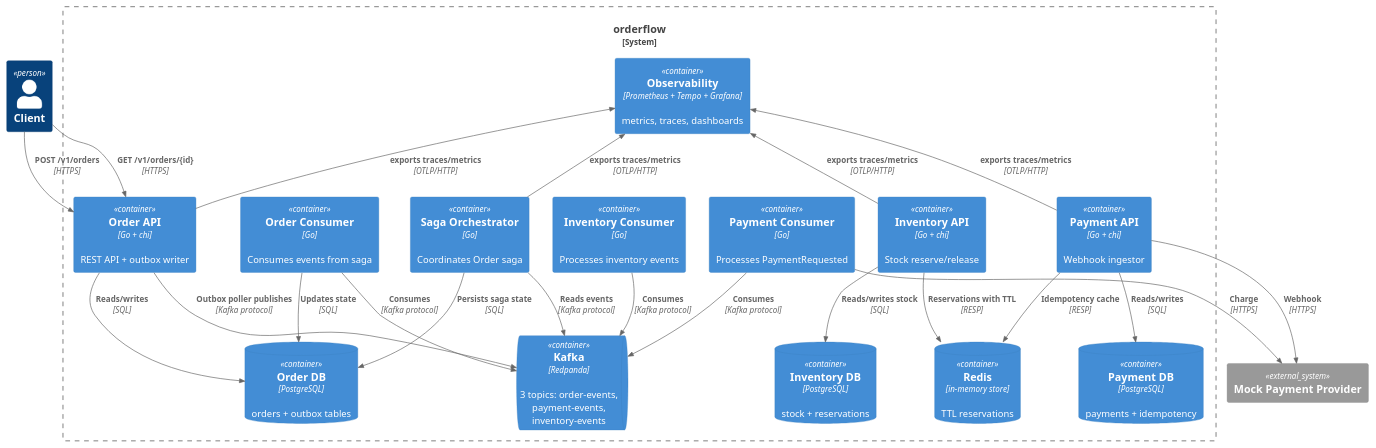
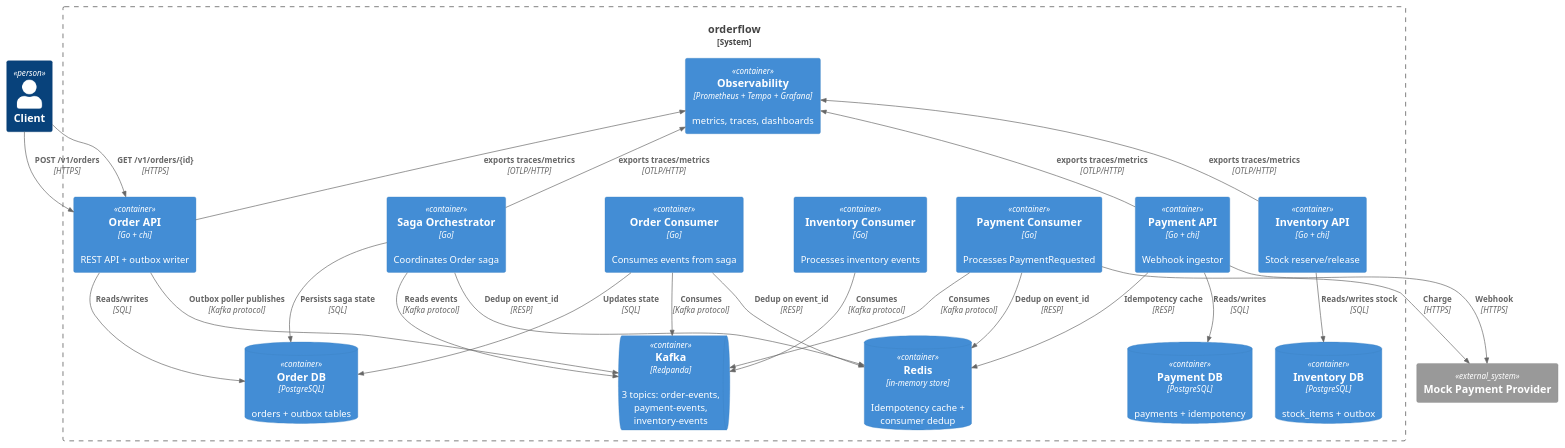
One commit to t0pm1x/orderflow changed the diagram in docs/architecture/c4-level-2.puml. Above: the diagram before and after it, drawn with PlantUML. The commit also changed 3 other files, not shown here.

First line of the commit message:
chore: delete dead doc-only stubs + fix C4 diagrams

```diff
--- a/docs/architecture/c4-level-2.puml
+++ b/docs/architecture/c4-level-2.puml
@@ -1,52 +1,54 @@
 @startuml c4-level-2
 !include https://raw.githubusercontent.com/plantuml-stdlib/C4-PlantUML/master/C4_Container.puml
 
 Person(client, "Client")
 
 System_Boundary(orderflow, "orderflow") {
     Container(order_api, "Order API", "Go + chi", "REST API + outbox writer")
     Container(order_consumer, "Order Consumer", "Go", "Consumes events from saga")
     Container(payment_api, "Payment API", "Go + chi", "Webhook ingestor")
     Container(payment_consumer, "Payment Consumer", "Go", "Processes PaymentRequested")
     Container(inventory_api, "Inventory API", "Go + chi", "Stock reserve/release")
     Container(inventory_consumer, "Inventory Consumer", "Go", "Processes inventory events")
     Container(saga, "Saga Orchestrator", "Go", "Coordinates Order saga")
 
     ContainerDb(order_db, "Order DB", "PostgreSQL", "orders + outbox tables")
     ContainerDb(payment_db, "Payment DB", "PostgreSQL", "payments + idempotency")
-    ContainerDb(inventory_db, "Inventory DB", "PostgreSQL", "stock + reservations")
-    ContainerDb(redis, "Redis", "in-memory store", "TTL reservations")
+    ContainerDb(inventory_db, "Inventory DB", "PostgreSQL", "stock_items + outbox")
+    ContainerDb(redis, "Redis", "in-memory store", "Idempotency cache + consumer dedup")
 
     ContainerQueue(kafka, "Kafka", "Redpanda", "3 topics: order-events, payment-events, inventory-events")
     Container(observability, "Observability", "Prometheus + Tempo + Grafana", "metrics, traces, dashboards")
 }
 
 System_Ext(provider, "Mock Payment Provider")
 
 Rel(client, order_api, "POST /v1/orders", "HTTPS")
 Rel(client, order_api, "GET /v1/orders/{id}", "HTTPS")
 
 Rel(order_api, order_db, "Reads/writes", "SQL")
 Rel(order_api, kafka, "Outbox poller publishes", "Kafka protocol")
 Rel(order_consumer, kafka, "Consumes", "Kafka protocol")
 Rel(order_consumer, order_db, "Updates state", "SQL")
 
 Rel(saga, kafka, "Reads events", "Kafka protocol")
 Rel(saga, order_db, "Persists saga state", "SQL")
 
 Rel(payment_api, payment_db, "Reads/writes", "SQL")
 Rel(payment_api, redis, "Idempotency cache", "RESP")
 Rel(payment_consumer, kafka, "Consumes", "Kafka protocol")
 Rel(payment_consumer, provider, "Charge", "HTTPS")
 Rel(payment_api, provider, "Webhook", "HTTPS")
 
 Rel(inventory_api, inventory_db, "Reads/writes stock", "SQL")
-Rel(inventory_api, redis, "Reservations with TTL", "RESP")
 Rel(inventory_consumer, kafka, "Consumes", "Kafka protocol")
+Rel(order_consumer, redis, "Dedup on event_id", "RESP")
+Rel(payment_consumer, redis, "Dedup on event_id", "RESP")
+Rel(saga, redis, "Dedup on event_id", "RESP")
 
 Rel_U(order_api, observability, "exports traces/metrics", "OTLP/HTTP")
 Rel_U(payment_api, observability, "exports traces/metrics", "OTLP/HTTP")
 Rel_U(inventory_api, observability, "exports traces/metrics", "OTLP/HTTP")
 Rel_U(saga, observability, "exports traces/metrics", "OTLP/HTTP")
 
 @enduml
```
